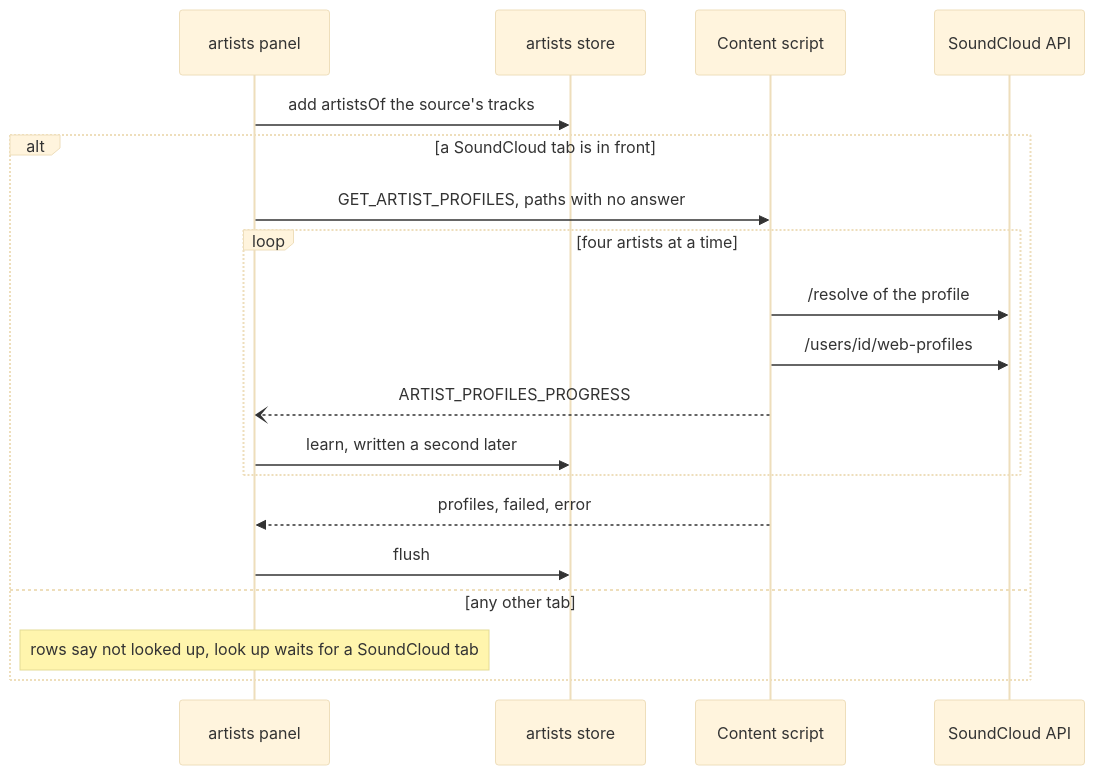
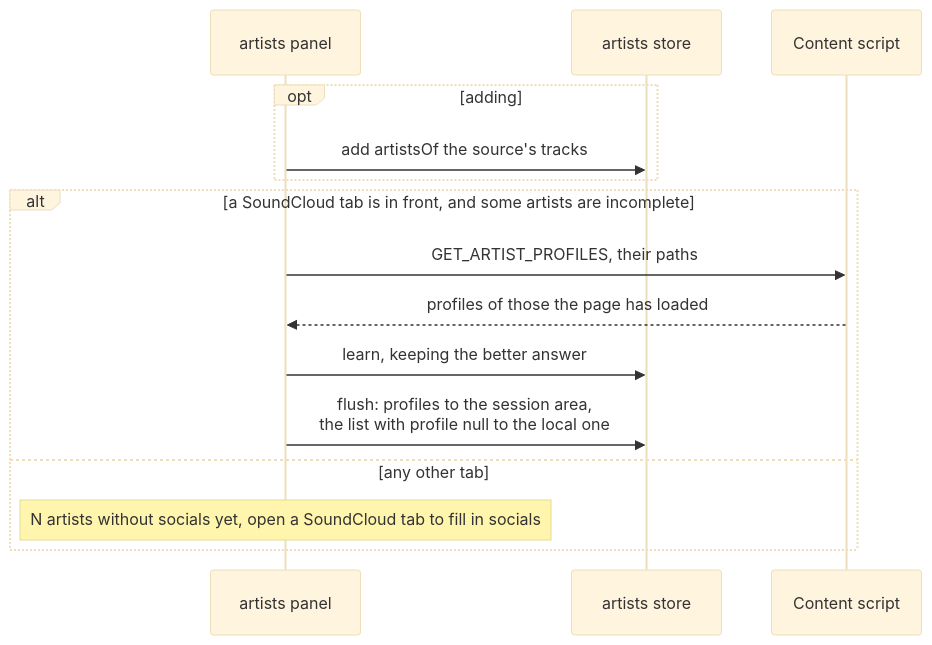
One commit to cutenode/localnetwork changed the first of 7 diagrams in apps/localtoolbox/docs/diagrams/artists-and-queue.md. Above: the diagram before and after it, drawn with Mermaid (base theme). The commit also changed other lines of this file and 65 other files, not shown here.

First line of the commit message:
fix(localtoolbox): read SoundCloud data from what its page loads instead of its API

````diff
--- a/apps/localtoolbox/docs/diagrams/artists-and-queue.md
+++ b/apps/localtoolbox/docs/diagrams/artists-and-queue.md
@@ -17,21 +17,17 @@
 ```mermaid
 sequenceDiagram
   participant P as artists panel
   participant L as artists store
   participant C as Content script
-  participant A as SoundCloud API
-  P->>L: add artistsOf the source's tracks
-  alt a SoundCloud tab is in front
-    P->>C: GET_ARTIST_PROFILES, paths with no answer
-    loop four artists at a time
-      C->>A: /resolve of the profile
-      C->>A: /users/id/web-profiles
-      C--)P: ARTIST_PROFILES_PROGRESS
-      P->>L: learn, written a second later
-    end
-    C-->>P: profiles, failed, error
-    P->>L: flush
+  opt adding
+    P->>L: add artistsOf the source's tracks
+  end
+  alt a SoundCloud tab is in front, and some artists are incomplete
+    P->>C: GET_ARTIST_PROFILES, their paths
+    C-->>P: profiles of those the page has loaded
+    P->>L: learn, keeping the better answer
+    P->>L: flush: profiles to the session area,<br/>the list with profile null to the local one
   else any other tab
-    Note over P: rows say not looked up, look up waits for a SoundCloud tab
+    Note over P: N artists without socials yet, open a SoundCloud tab to fill in socials
   end
 ```
````
